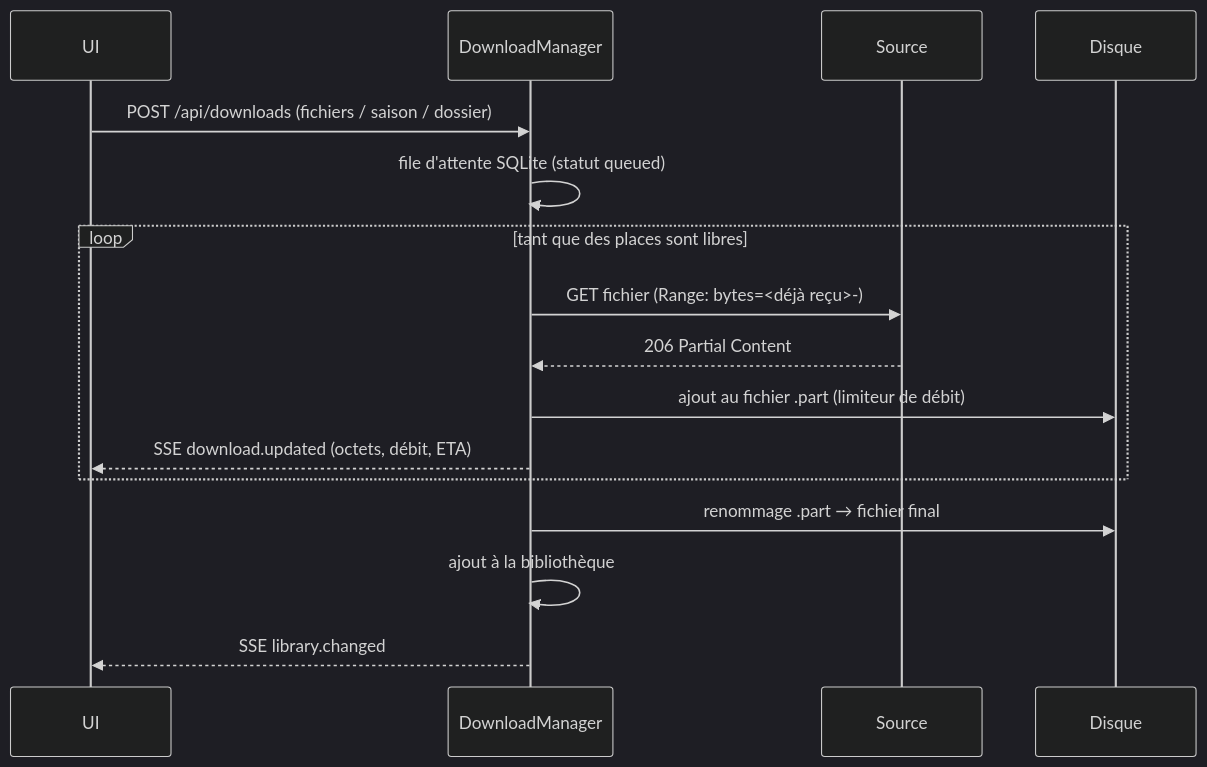
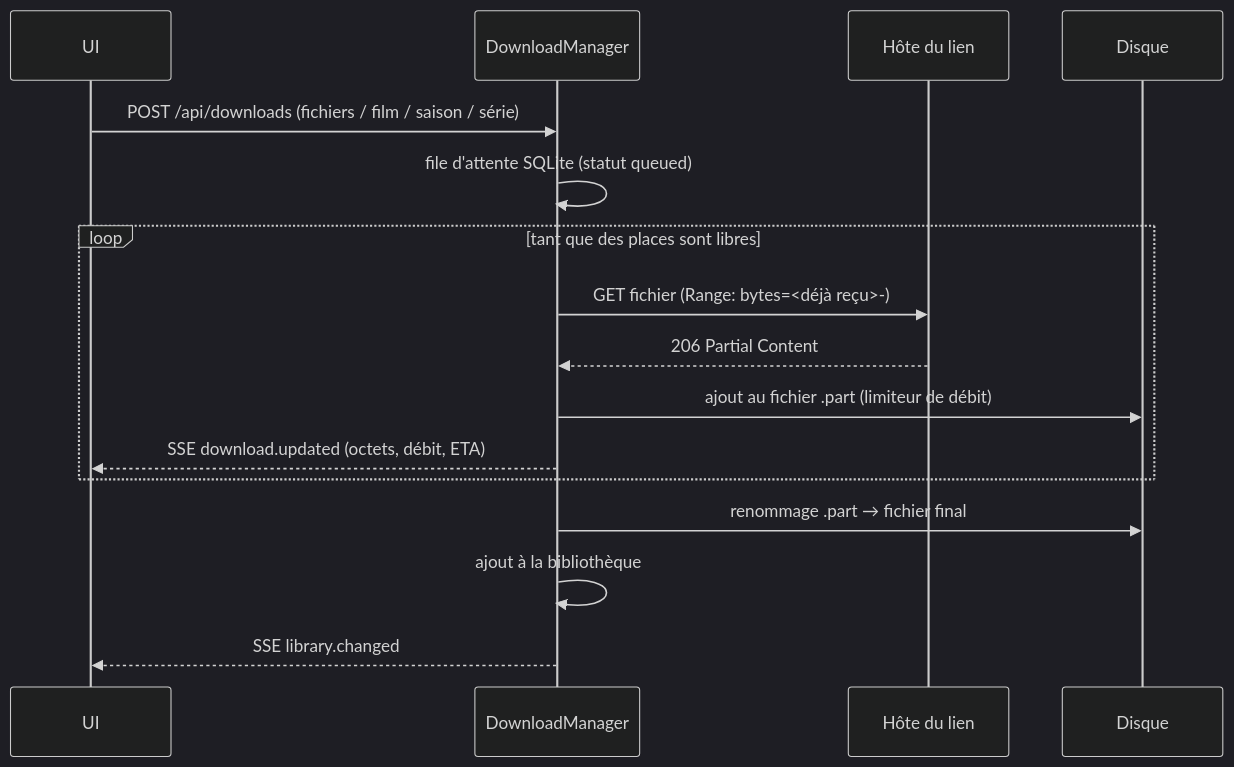
Before and after one commit to antoineferrero-eng/Video: the second of 2 diagrams in docs/ARCHITECTURE.md, drawn with Mermaid (dark theme). The commit also changed other lines of this file and 81 other files, not shown here.

````diff
--- a/docs/ARCHITECTURE.md
+++ b/docs/ARCHITECTURE.md
@@ -141,18 +126,18 @@
 ```mermaid
 sequenceDiagram
   participant UI
   participant DM as DownloadManager
-  participant S as Source
+  participant S as Hôte du lien
   participant FS as Disque
-  UI->>DM: POST /api/downloads (fichiers / saison / dossier)
+  UI->>DM: POST /api/downloads (fichiers / film / saison / série)
   DM->>DM: file d'attente SQLite (statut queued)
   loop tant que des places sont libres
     DM->>S: GET fichier (Range: bytes=<déjà reçu>-)
     S-->>DM: 206 Partial Content
     DM->>FS: ajout au fichier .part (limiteur de débit)
     DM-->>UI: SSE download.updated (octets, débit, ETA)
   end
   DM->>FS: renommage .part → fichier final
   DM->>DM: ajout à la bibliothèque
   DM-->>UI: SSE library.changed
 ```
````
